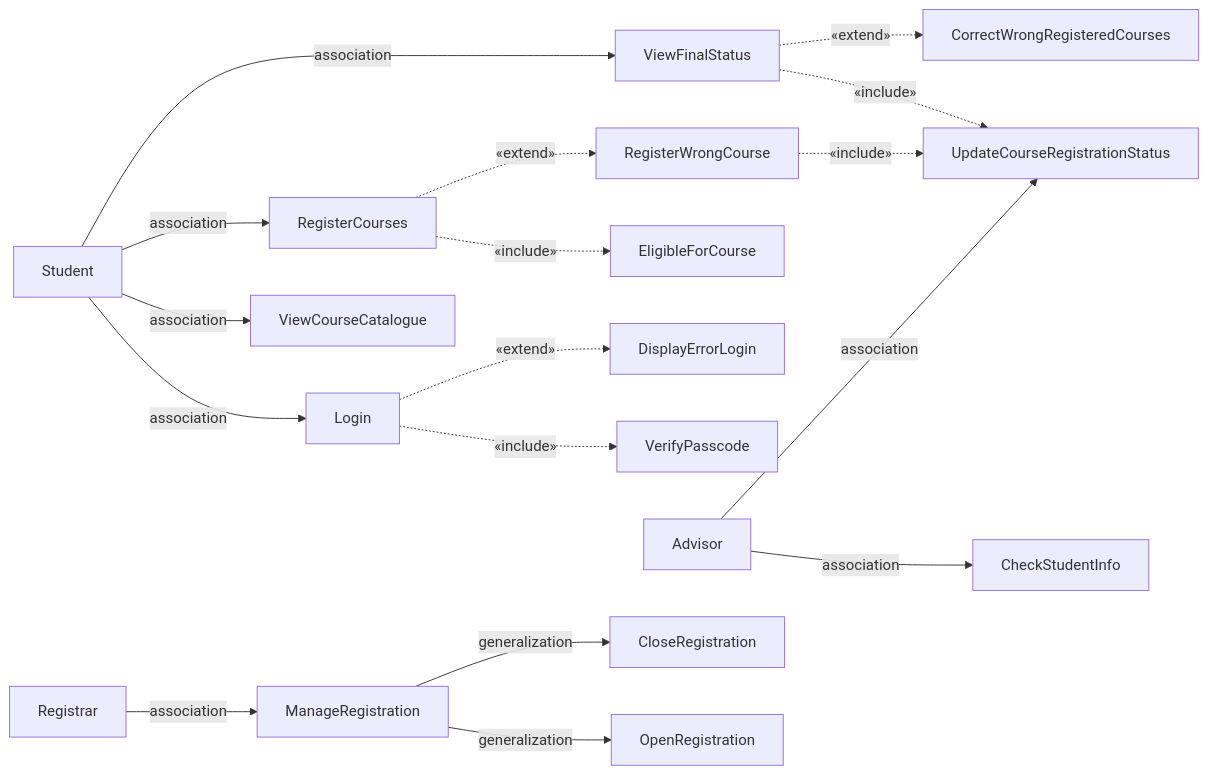
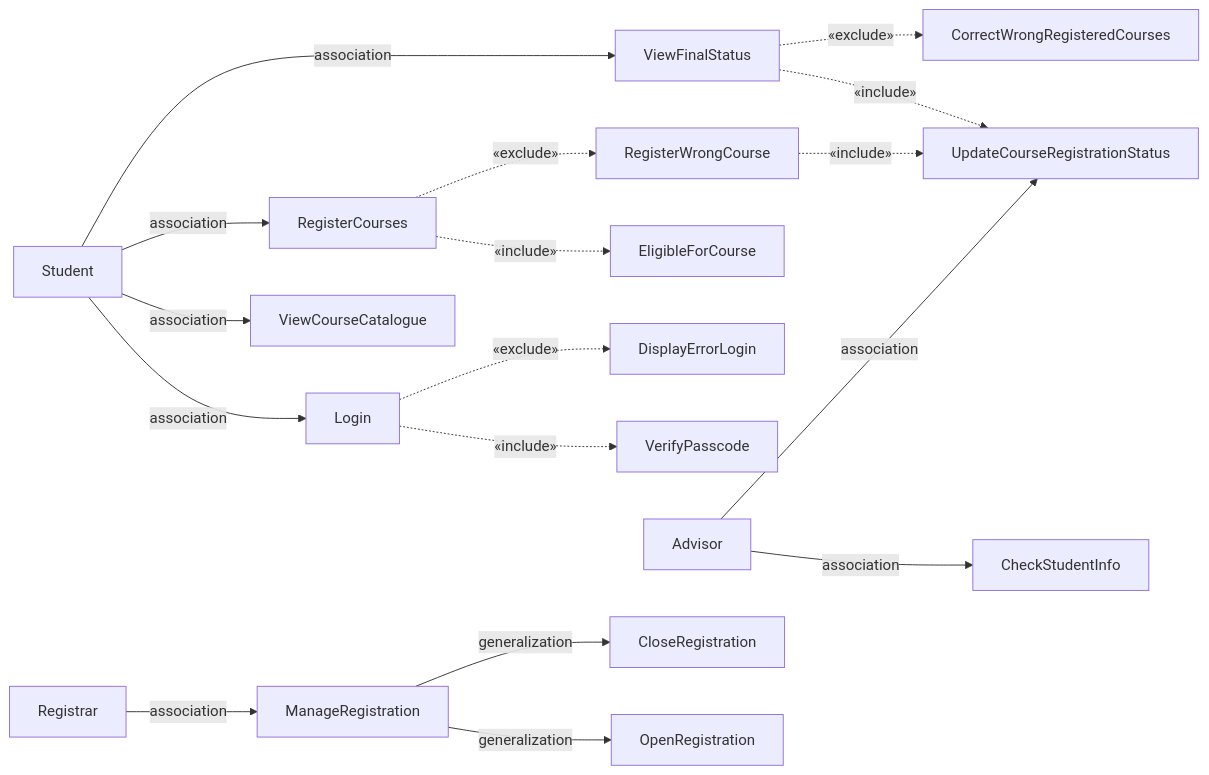
Before and after one commit to SMTEmon/2-2: the second of 5 diagrams in SWE/Notes/Mid.md, drawn with Mermaid. The commit also changed other lines of this file and 1 other file, not shown here.

````diff
--- a/SWE/Notes/Mid.md
+++ b/SWE/Notes/Mid.md
@@ -401,24 +414,24 @@
 ```mermaid
 graph LR
     Student -->|association| Login
     Student -->|association| ViewCourseCatalogue
     Student -->|association| RegisterCourses
     Student -->|association| ViewFinalStatus
 
     Login -.->|«include»| VerifyPasscode
-    Login -.->|«extend»| DisplayErrorLogin
+    Login -.->|«exclude»| DisplayErrorLogin
 
     RegisterCourses -.->|«include»| EligibleForCourse
-    RegisterCourses -.->|«extend»| RegisterWrongCourse
+    RegisterCourses -.->|«exclude»| RegisterWrongCourse
 
     RegisterWrongCourse -.->|«include»| UpdateCourseRegistrationStatus
     ViewFinalStatus -.->|«include»| UpdateCourseRegistrationStatus
-    ViewFinalStatus -.->|«extend»| CorrectWrongRegisteredCourses
+    ViewFinalStatus -.->|«exclude»| CorrectWrongRegisteredCourses
 
     Advisor -->|association| CheckStudentInfo
     Advisor -->|association| UpdateCourseRegistrationStatus
 
     Registrar -->|association| ManageRegistration
     ManageRegistration -->|generalization| OpenRegistration
     ManageRegistration -->|generalization| CloseRegistration
 ```
````
